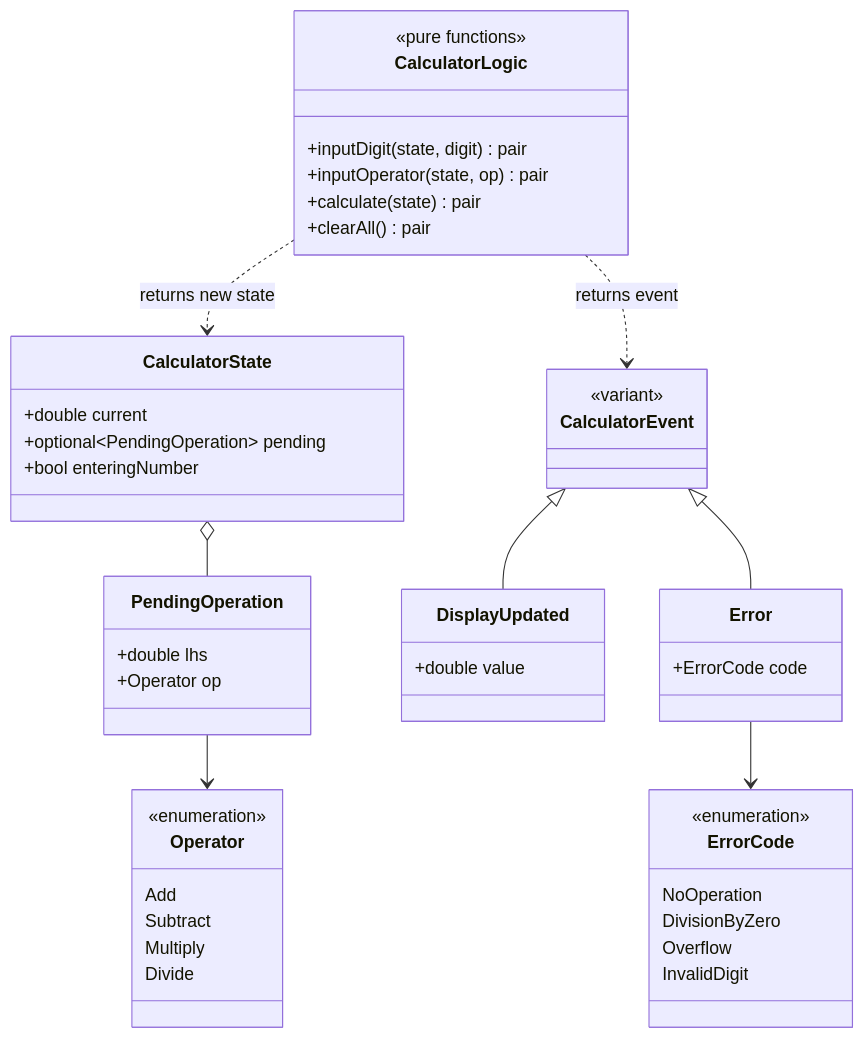
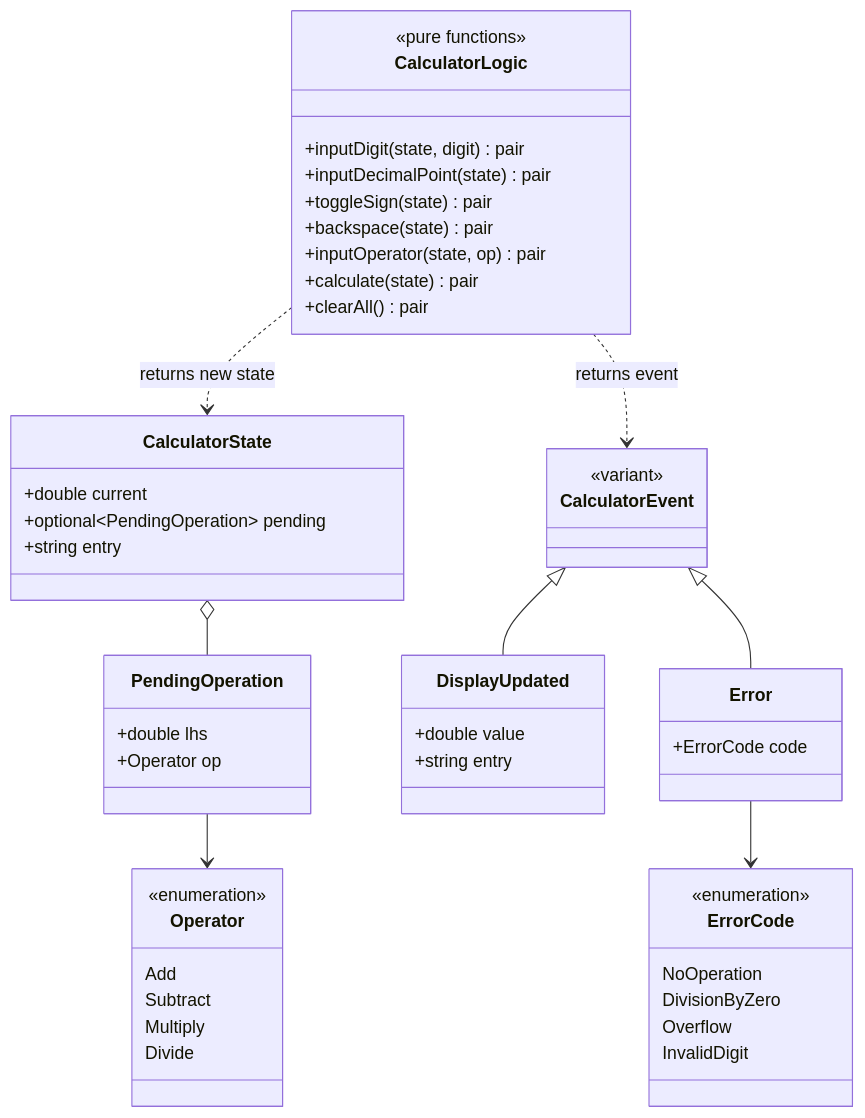
Before and after one commit to KoichiKurita/CPPlang-Calculator: the second of 3 diagrams in README.md, drawn with Mermaid. The commit also changed other lines of this file and 14 other files, not shown here.

````diff
--- a/README.md
+++ b/README.md
@@ -110,49 +132,53 @@
 ```mermaid
 classDiagram
     class CalculatorState {
         +double current
         +optional~PendingOperation~ pending
-        +bool enteringNumber
+        +string entry
     }
     class PendingOperation {
         +double lhs
         +Operator op
     }
     class Operator {
         <<enumeration>>
         Add
         Subtract
         Multiply
         Divide
     }
     class ErrorCode {
         <<enumeration>>
         NoOperation
         DivisionByZero
         Overflow
         InvalidDigit
     }
     class CalculatorEvent {
         <<variant>>
     }
     class DisplayUpdated {
         +double value
+        +string entry
     }
     class Error {
         +ErrorCode code
     }
     class CalculatorLogic {
         <<pure functions>>
         +inputDigit(state, digit) pair
+        +inputDecimalPoint(state) pair
+        +toggleSign(state) pair
+        +backspace(state) pair
         +inputOperator(state, op) pair
         +calculate(state) pair
         +clearAll() pair
     }
     CalculatorEvent <|-- DisplayUpdated
     CalculatorEvent <|-- Error
     CalculatorState o-- PendingOperation
     PendingOperation --> Operator
     Error --> ErrorCode
     CalculatorLogic ..> CalculatorState : returns new state
     CalculatorLogic ..> CalculatorEvent : returns event
 ```
````
